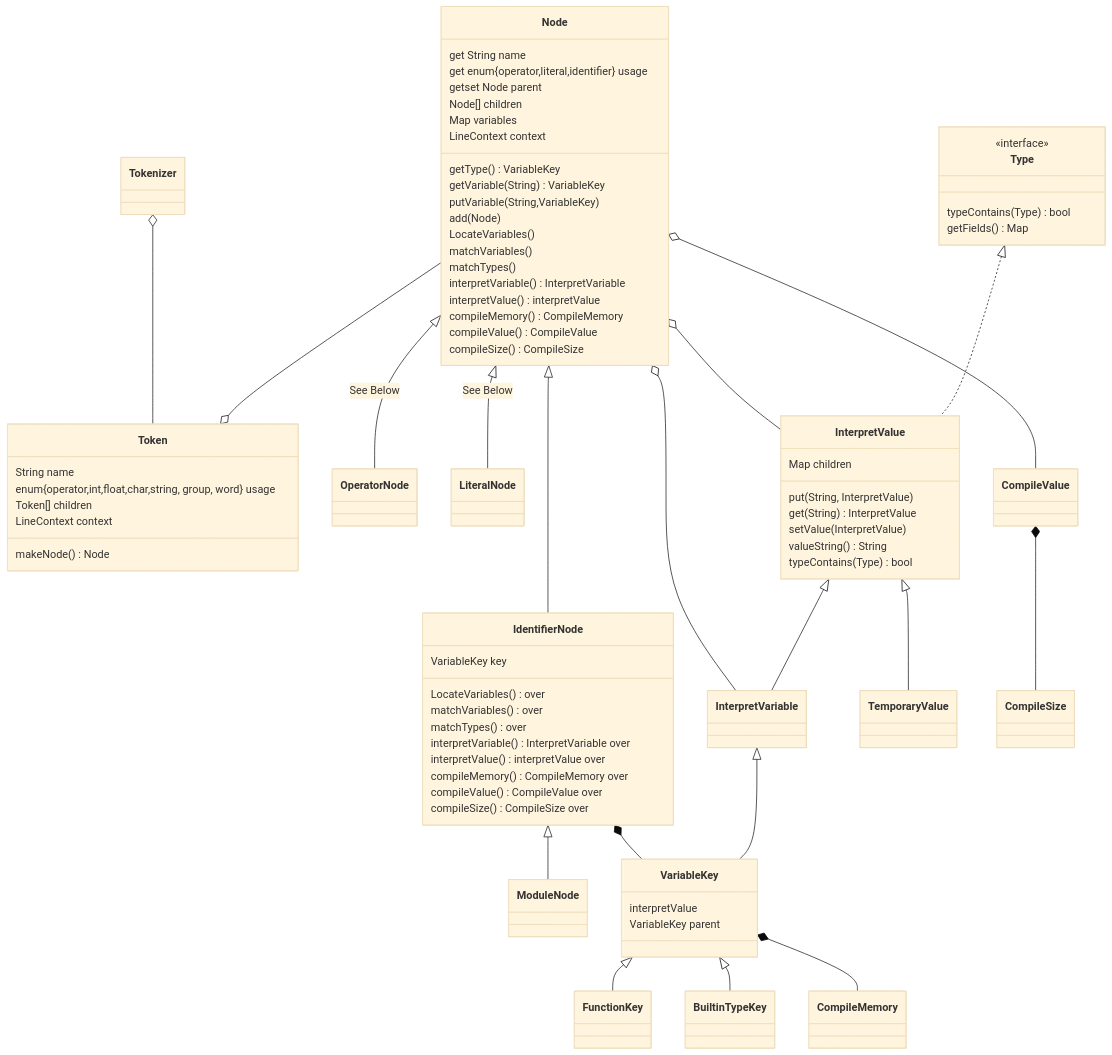
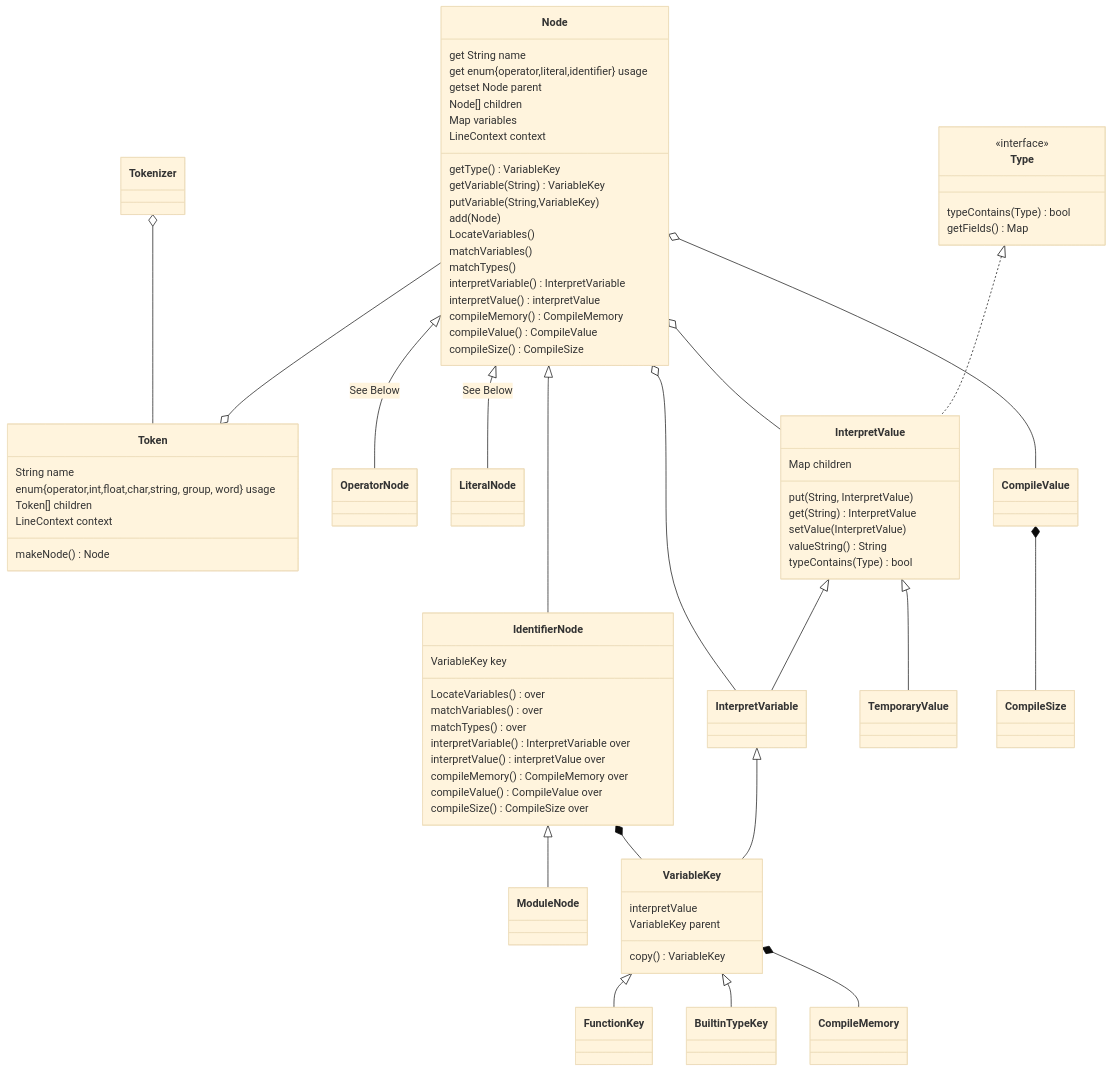
One commit to Jzhyang1/Monomer changed the second of 5 diagrams in Implementation.md. Above: the diagram before and after it, drawn with Mermaid (base theme). The commit also changed other lines of this file, not shown here.

````diff
--- a/Implementation.md
+++ b/Implementation.md
@@ -76,71 +76,72 @@
 ```mermaid
 classDiagram
 Tokenizer o-- Token
 Node --o Token
 
 Node <|-- OperatorNode: See Below
 Node <|-- LiteralNode: See Below
 Node <|-- IdentifierNode
 Node o-- InterpretVariable
 Node o-- InterpretValue
 IdentifierNode <|-- ModuleNode
 IdentifierNode *-- VariableKey
 VariableKey <|-- FunctionKey
 VariableKey <|-- BuiltinTypeKey
 VariableKey *-- CompileMemory
 InterpretValue <|-- InterpretVariable
 InterpretValue <|-- TemporaryValue
 Type <|.. InterpretValue
 InterpretVariable <|-- VariableKey
 CompileValue *-- CompileSize
 Node o-- CompileValue
 
 Token: String name
 Token: enum{operator,int,float,char,string, group, word} usage
 Token: Token[] children
 Token: LineContext context
 Token: makeNode() Node
 
 Node: get String name
 Node: get enum{operator,literal,identifier} usage
 Node: getset Node parent
 Node: Node[] children
 Node: Map<String, VariableKey> variables
 Node: LineContext context
 Node: getType() VariableKey
 Node: getVariable(String) VariableKey
 Node: putVariable(String,VariableKey)
 Node: add(Node)
 Node: LocateVariables()
 Node: matchVariables()
 Node: matchTypes()
 Node: interpretVariable() InterpretVariable
 Node: interpretValue() interpretValue
 Node: compileMemory() CompileMemory
 Node: compileValue() CompileValue
 Node: compileSize() CompileSize
 
 IdentifierNode: VariableKey key
 IdentifierNode: LocateVariables() over
 IdentifierNode: matchVariables() over
 IdentifierNode: matchTypes() over
 IdentifierNode: interpretVariable() InterpretVariable over
 IdentifierNode: interpretValue() interpretValue over
 IdentifierNode: compileMemory() CompileMemory over
 IdentifierNode: compileValue() CompileValue over
 IdentifierNode: compileSize() CompileSize over
 
 InterpretValue: Map<String, InterpretValue> children
 InterpretValue: put(String, InterpretValue)
 InterpretValue: get(String) InterpretValue
 InterpretValue: setValue(InterpretValue)
 InterpretValue: valueString() String
 InterpretValue: typeContains(Type) bool
 
 VariableKey: interpretValue
 VariableKey: VariableKey parent
+VariableKey: copy() VariableKey
 
 <<interface>> Type
 Type: typeContains(Type) bool
 Type: getFields() Map<String,Type>
 ```
````
